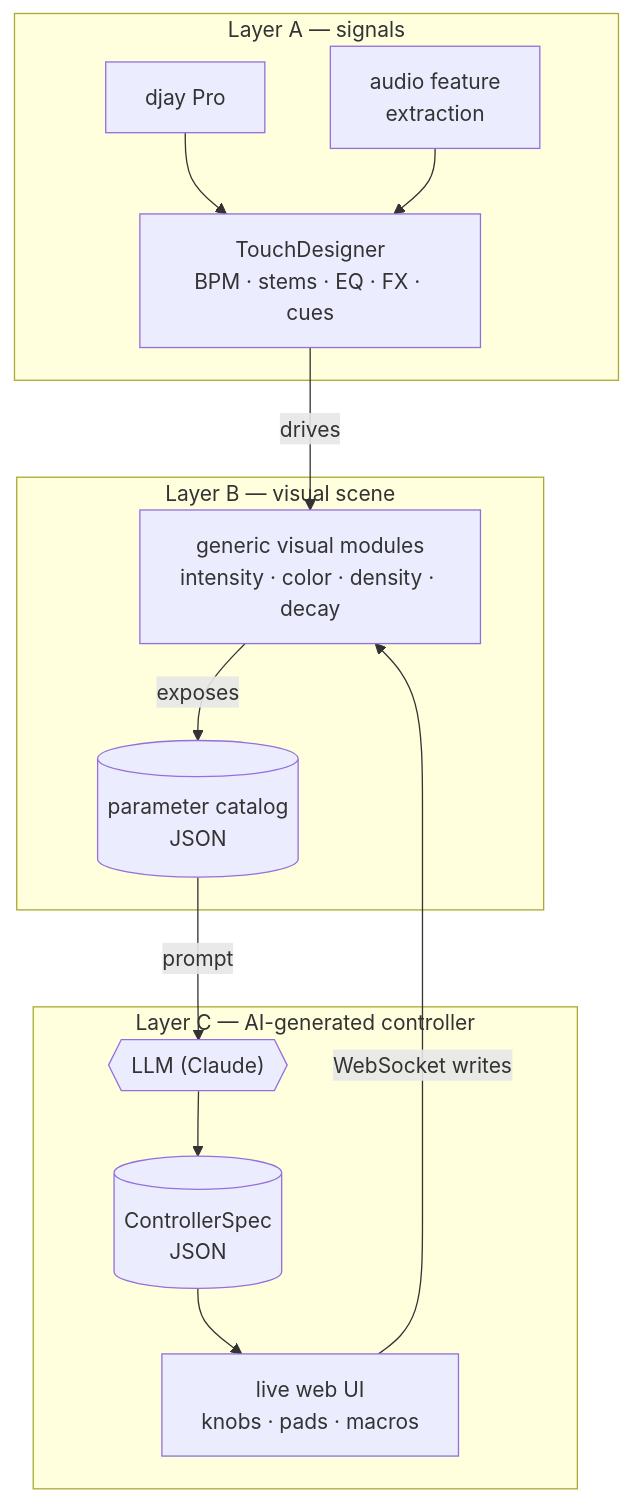
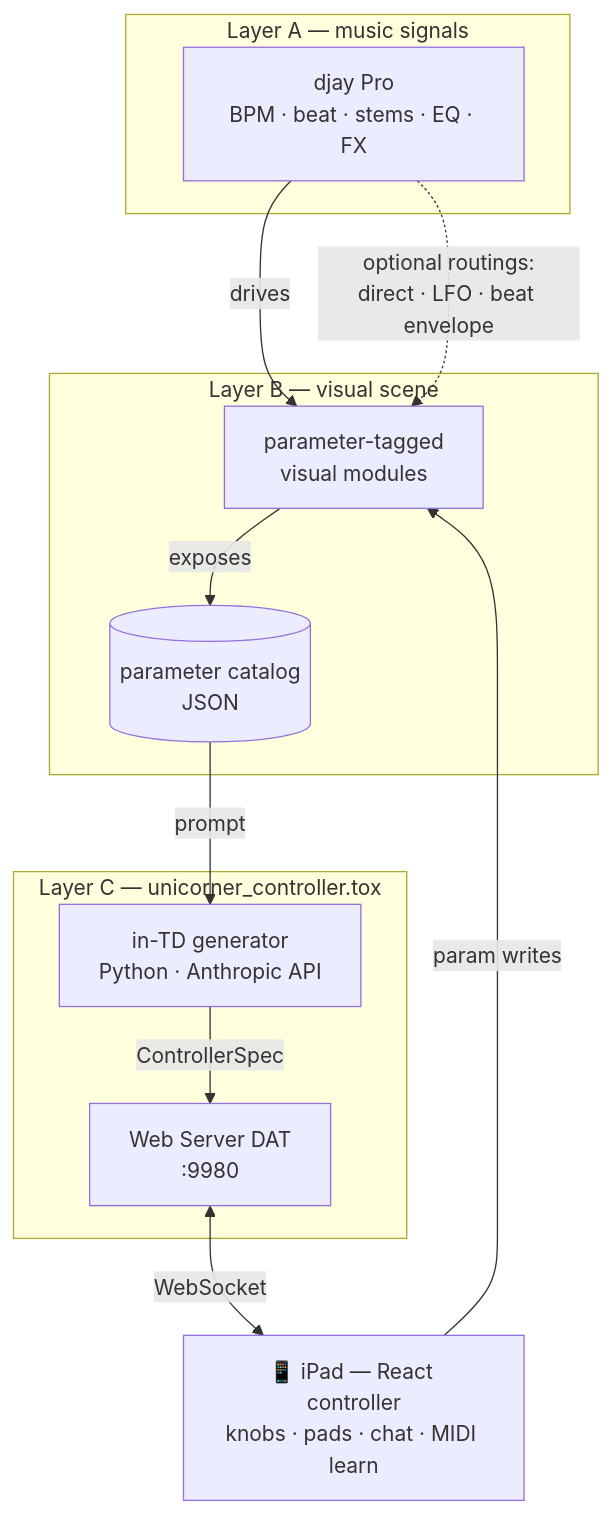
One commit to oveddan/unicorner changed the second of 2 diagrams in README.md. Above: the diagram before and after it, drawn with Mermaid. The commit also changed other lines of this file and 2 other files, not shown here.

````diff
--- a/README.md
+++ b/README.md
@@ -23,27 +37,26 @@
 ```mermaid
 flowchart TD
-    subgraph A["Layer A — signals"]
-        djay["djay Pro"]
-        audio["audio feature<br/>extraction"]
-        tdA["TouchDesigner<br/>BPM · stems · EQ · FX · cues"]
-        djay --> tdA
-        audio --> tdA
+    subgraph A["Layer A — music signals"]
+        djay["djay Pro<br/>BPM · beat · stems · EQ · FX"]
     end
 
     subgraph B["Layer B — visual scene"]
-        modules["generic visual modules<br/>intensity · color · density · decay"]
+        modules["parameter-tagged<br/>visual modules"]
         catalog[("parameter catalog<br/>JSON")]
         modules -->|exposes| catalog
     end
 
-    subgraph C["Layer C — AI-generated controller"]
-        llm{{"LLM (Claude)"}}
-        spec[("ControllerSpec<br/>JSON")]
-        ui["live web UI<br/>knobs · pads · macros"]
-        llm --> spec --> ui
+    subgraph C["Layer C — unicorner_controller.tox"]
+        gen["in-TD generator<br/>Python · Anthropic API"]
+        ws["Web Server DAT<br/>:9980"]
+        gen -->|ControllerSpec| ws
     end
 
-    tdA -->|drives| modules
-    catalog -->|prompt| llm
-    ui -->|WebSocket writes| modules
+    ipad["📱 iPad — React controller<br/>knobs · pads · chat · MIDI learn"]
+
+    djay -->|drives| modules
+    djay -.->|"optional routings:<br/>direct · LFO · beat envelope"| modules
+    catalog -->|prompt| gen
+    ws <-->|WebSocket| ipad
+    ipad -->|param writes| modules
 ```
````
